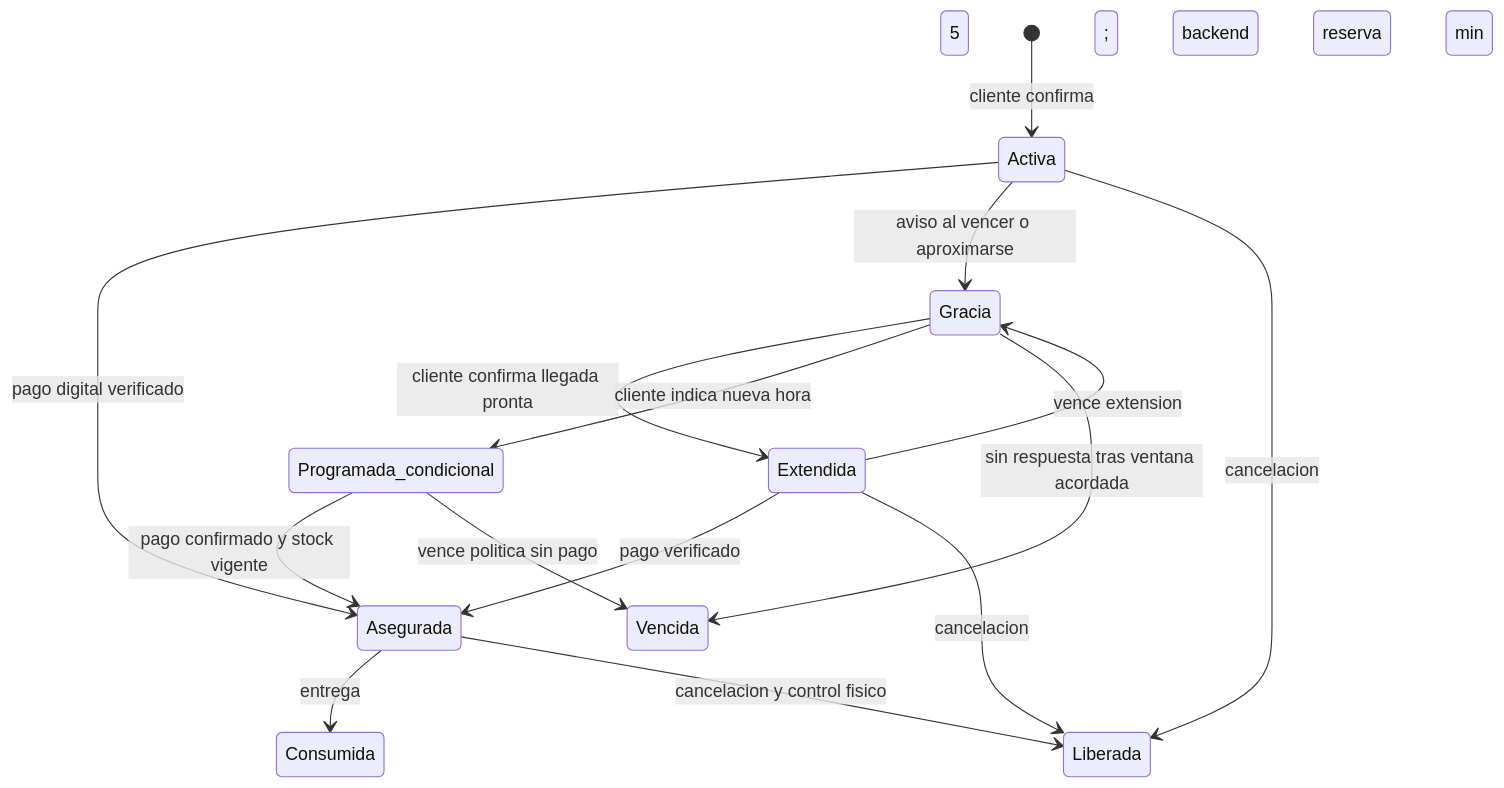
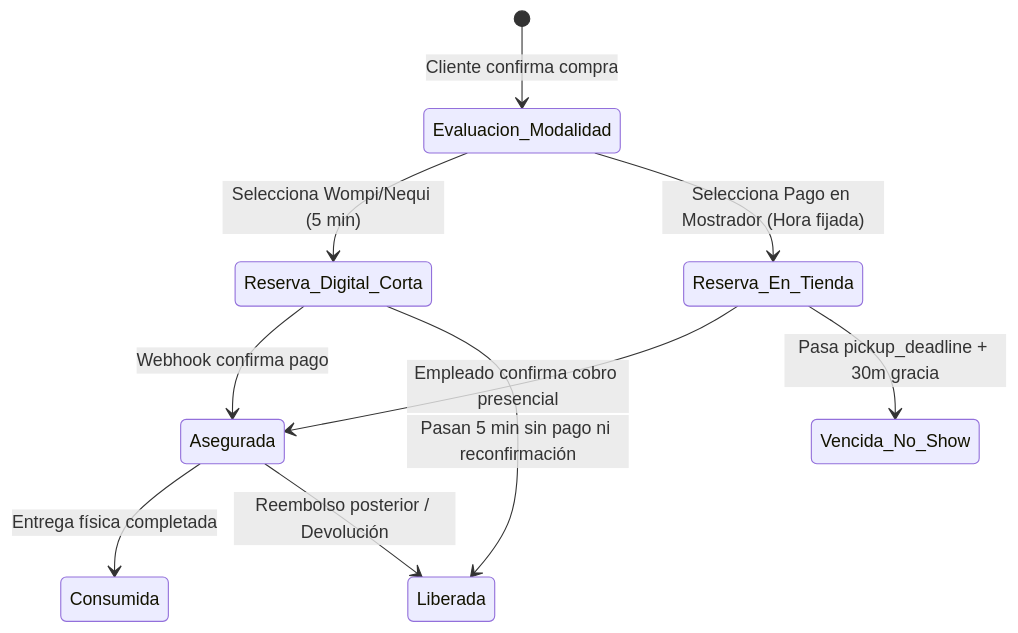
One commit to JulianCVM/AsisTendero changed the second of 3 diagrams in contexto/definiciones/PT-003_BORRADOR.md. Above: the diagram before and after it, drawn with Mermaid. The commit also changed other lines of this file, not shown here.

````diff
--- a/contexto/definiciones/PT-003_BORRADOR.md
+++ b/contexto/definiciones/PT-003_BORRADOR.md
@@ -75,17 +75,18 @@
 ```mermaid
 stateDiagram-v2
-  [*] --> Activa: cliente confirma; backend reserva 5 min
-  Activa --> Asegurada: pago digital verificado
-  Activa --> Gracia: aviso al vencer o aproximarse
-  Gracia --> Extendida: cliente confirma llegada pronta
-  Gracia --> Programada_condicional: cliente indica nueva hora
-  Gracia --> Vencida: sin respuesta tras ventana acordada
-  Extendida --> Asegurada: pago verificado
-  Extendida --> Gracia: vence extension
-  Programada_condicional --> Asegurada: pago confirmado y stock vigente
-  Programada_condicional --> Vencida: vence politica sin pago
-  Activa --> Liberada: cancelacion
-  Extendida --> Liberada: cancelacion
-  Asegurada --> Consumida: entrega
-  Asegurada --> Liberada: cancelacion y control fisico
+  [*] --> Evaluacion_Modalidad: Cliente confirma compra
+  Evaluacion_Modalidad --> Reserva_Digital_Corta: Selecciona Wompi/Nequi (5 min)
+  Evaluacion_Modalidad --> Reserva_En_Tienda: Selecciona Pago en Mostrador (Hora fijada)
+
+  %% Flujo Wompi
+  Reserva_Digital_Corta --> Asegurada: Webhook confirma pago
+  Reserva_Digital_Corta --> Liberada: Pasan 5 min sin pago ni reconfirmación
+
+  %% Flujo Tienda
+  Reserva_En_Tienda --> Asegurada: Empleado confirma cobro presencial
+  Reserva_En_Tienda --> Vencida_No_Show: Pasa pickup_deadline + 30m gracia
+
+  Asegurada --> Consumida: Entrega física completada
+  Asegurada --> Liberada: Reembolso posterior / Devolución
+
 ```
````
